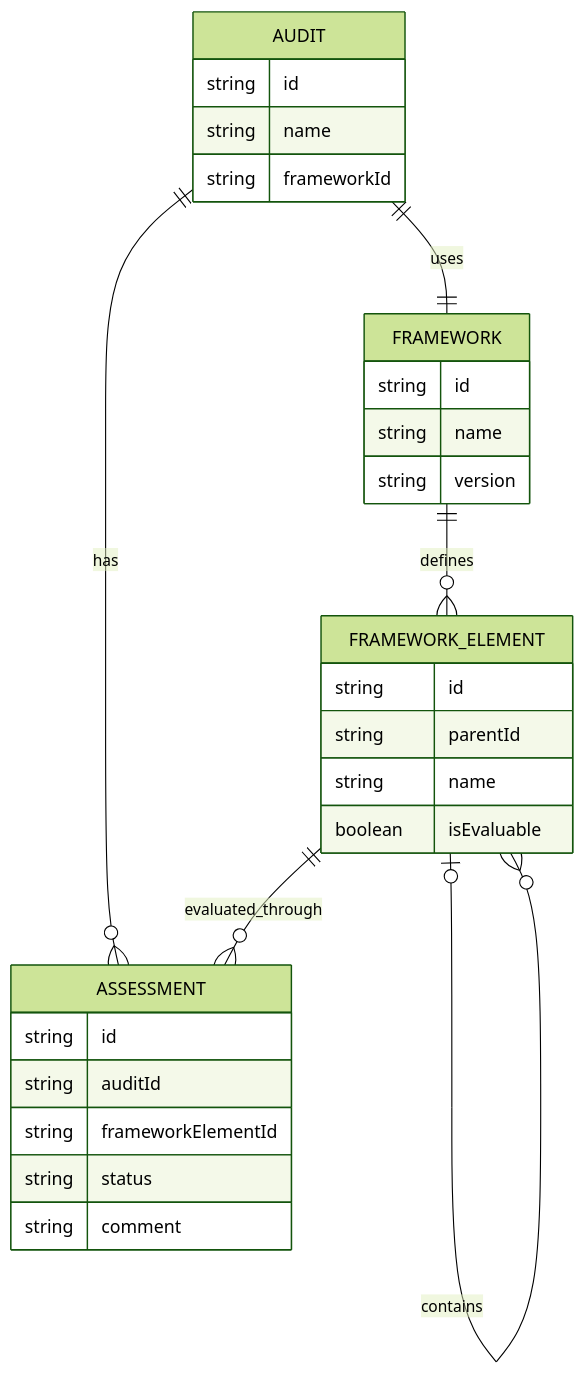
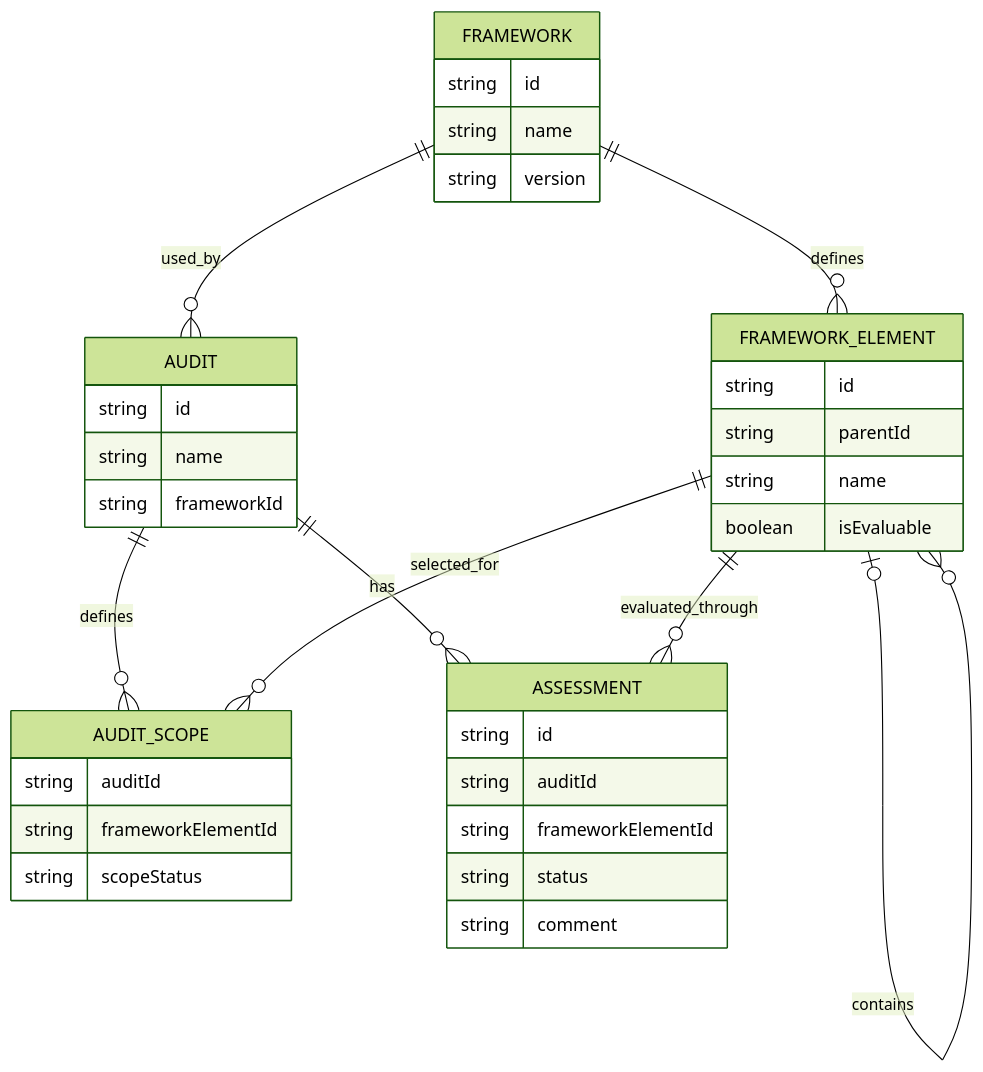
The diagram in docs/architecture/data-model.md (KaledSML/ratatoskr-check), drawn with Mermaid (forest theme) before and after one commit. The commit also changed other lines of this file and 2 other files, not shown here.

````diff
--- a/docs/architecture/data-model.md
+++ b/docs/architecture/data-model.md
@@ -92,35 +118,43 @@
 ```mermaid
 erDiagram
-    AUDIT ||--|| FRAMEWORK : uses
+    FRAMEWORK ||--o{ AUDIT : used_by
     FRAMEWORK ||--o{ FRAMEWORK_ELEMENT : defines
     FRAMEWORK_ELEMENT o|--o{ FRAMEWORK_ELEMENT : contains
+    AUDIT ||--o{ AUDIT_SCOPE : defines
+    FRAMEWORK_ELEMENT ||--o{ AUDIT_SCOPE : selected_for
     AUDIT ||--o{ ASSESSMENT : has
     FRAMEWORK_ELEMENT ||--o{ ASSESSMENT : evaluated_through
+
+    FRAMEWORK {
+        string id
+        string name
+        string version
+    }
 
     AUDIT {
         string id
         string name
         string frameworkId
     }
 
-    FRAMEWORK {
-        string id
-        string name
-        string version
-    }
-
     FRAMEWORK_ELEMENT {
         string id
         string parentId
         string name
         boolean isEvaluable
+    }
+
+    AUDIT_SCOPE {
+        string auditId
+        string frameworkElementId
+        string scopeStatus
     }
 
     ASSESSMENT {
         string id
         string auditId
         string frameworkElementId
         string status
         string comment
     }
 ```
````
